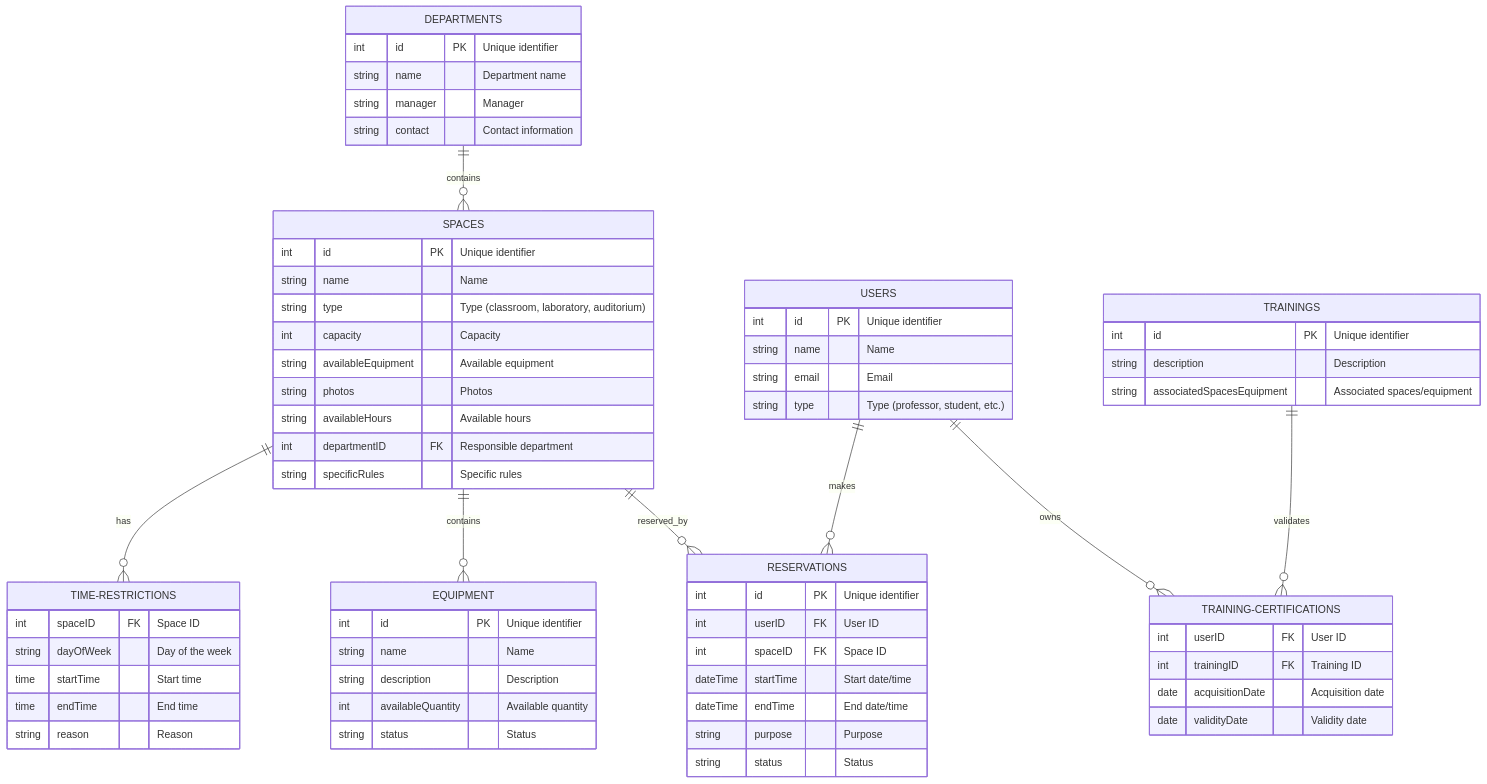
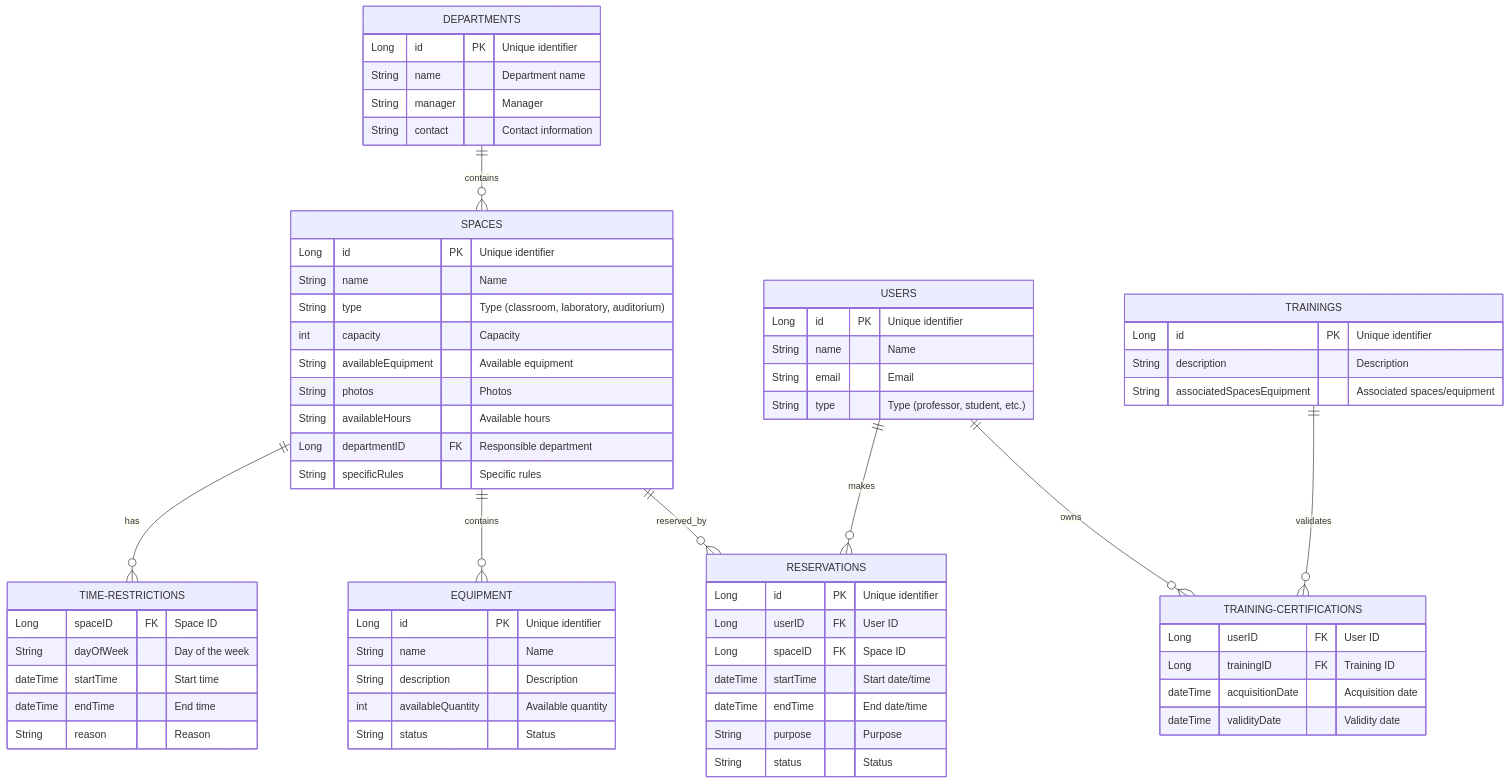
The fourth of 4 diagrams in README.md (AdnRamos/Sistema_de_Reservas_de_Espacos_em_Universidade), drawn with Mermaid before and after one commit. The commit also changed other lines of this file, not shown here.

````diff
--- a/README.md
+++ b/README.md
@@ -261,75 +261,75 @@
 ```mermaid
 erDiagram
     DEPARTMENTS ||--o{ SPACES : contains
     USERS ||--o{ TRAINING-CERTIFICATIONS : owns
     USERS ||--o{ RESERVATIONS : makes
     TRAININGS ||--o{ TRAINING-CERTIFICATIONS : validates
     SPACES ||--o{ RESERVATIONS : reserved_by
     SPACES ||--o{ EQUIPMENT : contains
     SPACES ||--o{ TIME-RESTRICTIONS : has
 
     DEPARTMENTS {
-        int id PK "Unique identifier"
-        string name "Department name"
-        string manager "Manager"
-        string contact "Contact information"
+        Long id PK "Unique identifier"
+        String name "Department name"
+        String manager "Manager"
+        String contact "Contact information"
     }
 
     SPACES {
-        int id PK "Unique identifier"
-        string name "Name"
-        string type "Type (classroom, laboratory, auditorium)"
+        Long id PK "Unique identifier"
+        String name "Name"
+        String type "Type (classroom, laboratory, auditorium)"
         int capacity "Capacity"
-        string availableEquipment "Available equipment"
-        string photos "Photos"
-        string availableHours "Available hours"
-        int departmentID FK "Responsible department"
-        string specificRules "Specific rules"
+        String availableEquipment "Available equipment"
+        String photos "Photos"
+        String availableHours "Available hours"
+        Long departmentID FK "Responsible department"
+        String specificRules "Specific rules"
     }
 
     USERS {
-        int id PK "Unique identifier"
-        string name "Name"
-        string email "Email"
-        string type "Type (professor, student, etc.)"
+        Long id PK "Unique identifier"
+        String name "Name"
+        String email "Email"
+        String type "Type (professor, student, etc.)"
     }
 
     RESERVATIONS {
-        int id PK "Unique identifier"
-        int userID FK "User ID"
-        int spaceID FK "Space ID"
+        Long id PK "Unique identifier"
+        Long userID FK "User ID"
+        Long spaceID FK "Space ID"
         dateTime startTime "Start date/time"
         dateTime endTime "End date/time"
-        string purpose "Purpose"
-        string status "Status"
+        String purpose "Purpose"
+        String status "Status"
     }
 
     EQUIPMENT {
-        int id PK "Unique identifier"
-        string name "Name"
-        string description "Description"
+        Long id PK "Unique identifier"
+        String name "Name"
+        String description "Description"
         int availableQuantity "Available quantity"
-        string status "Status"
+        String status "Status"
     }
 
     TRAININGS {
-        int id PK "Unique identifier"
-        string description "Description"
-        string associatedSpacesEquipment "Associated spaces/equipment"
+        Long id PK "Unique identifier"
+        String description "Description"
+        String associatedSpacesEquipment "Associated spaces/equipment"
     }
 
     TRAINING-CERTIFICATIONS {
-        int userID FK "User ID"
-        int trainingID FK "Training ID"
-        date acquisitionDate "Acquisition date"
-        date validityDate "Validity date"
+        Long userID FK "User ID"
+        Long trainingID FK "Training ID"
+        dateTime acquisitionDate "Acquisition date"
+        dateTime validityDate "Validity date"
     }
 
     TIME-RESTRICTIONS {
-        int spaceID FK "Space ID"
-        string dayOfWeek "Day of the week"
-        time startTime "Start time"
-        time endTime "End time"
-        string reason "Reason"
+        Long spaceID FK "Space ID"
+        String dayOfWeek "Day of the week"
+        dateTime startTime "Start time"
+        dateTime endTime "End time"
+        String reason "Reason"
     }
 ```
````
